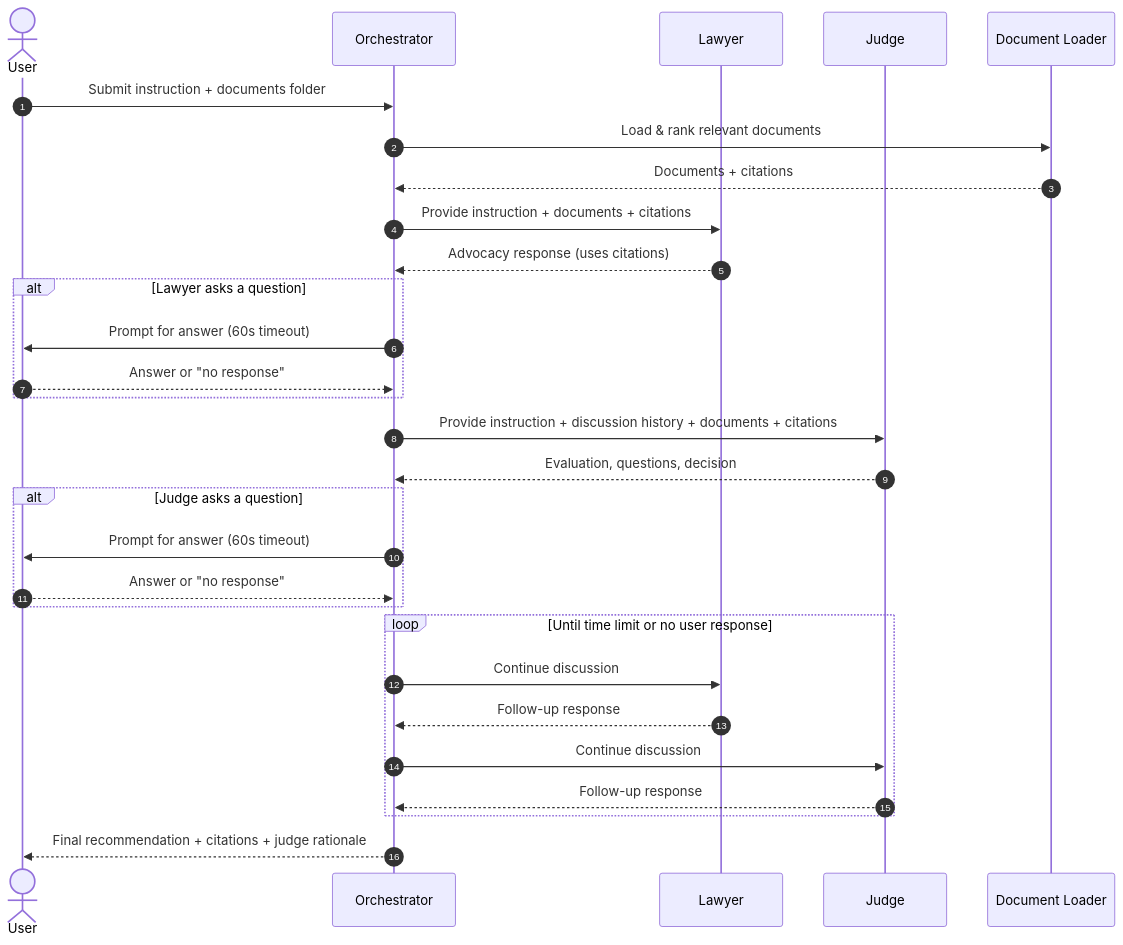
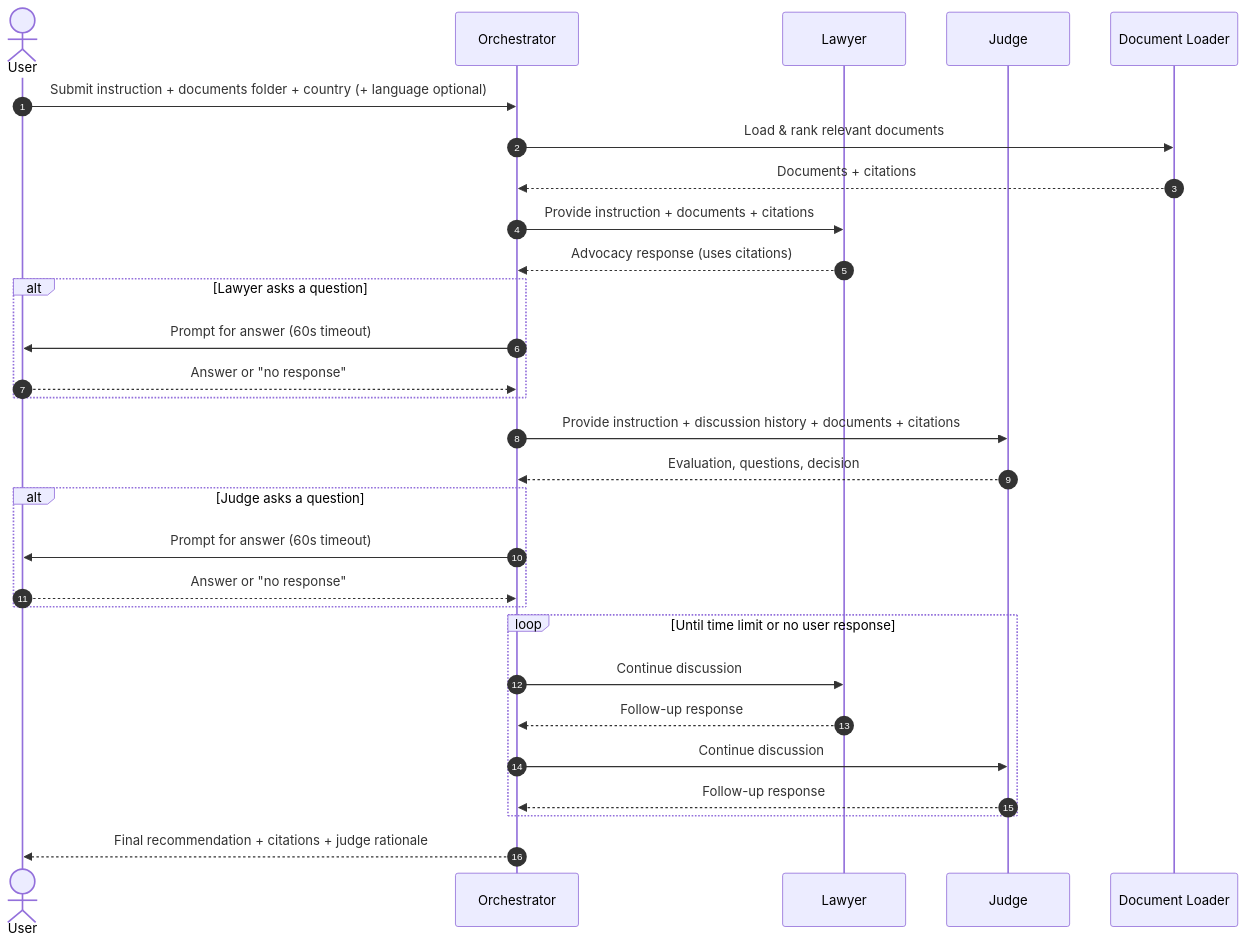
The diagram in docs/SEQUENCE.md (mmaideveloper/aijurisdictionagents), drawn with Mermaid before and after one commit. The commit also changed 8 other files, not shown here.

Commit message:
Add country/language context to orchestration

````diff
--- a/docs/SEQUENCE.md
+++ b/docs/SEQUENCE.md
@@ -3,32 +3,32 @@
 ```mermaid
 sequenceDiagram
     autonumber
     actor User
     participant Orchestrator
     participant Lawyer
     participant Judge
     participant Docs as Document Loader
 
-    User->>Orchestrator: Submit instruction + documents folder
+    User->>Orchestrator: Submit instruction + documents folder + country (+ language optional)
     Orchestrator->>Docs: Load & rank relevant documents
     Docs-->>Orchestrator: Documents + citations
     Orchestrator->>Lawyer: Provide instruction + documents + citations
     Lawyer-->>Orchestrator: Advocacy response (uses citations)
     alt Lawyer asks a question
         Orchestrator->>User: Prompt for answer (60s timeout)
         User-->>Orchestrator: Answer or "no response"
     end
     Orchestrator->>Judge: Provide instruction + discussion history + documents + citations
     Judge-->>Orchestrator: Evaluation, questions, decision
     alt Judge asks a question
         Orchestrator->>User: Prompt for answer (60s timeout)
         User-->>Orchestrator: Answer or "no response"
     end
     loop Until time limit or no user response
         Orchestrator->>Lawyer: Continue discussion
         Lawyer-->>Orchestrator: Follow-up response
         Orchestrator->>Judge: Continue discussion
         Judge-->>Orchestrator: Follow-up response
     end
     Orchestrator-->>User: Final recommendation + citations + judge rationale
 ```
````
